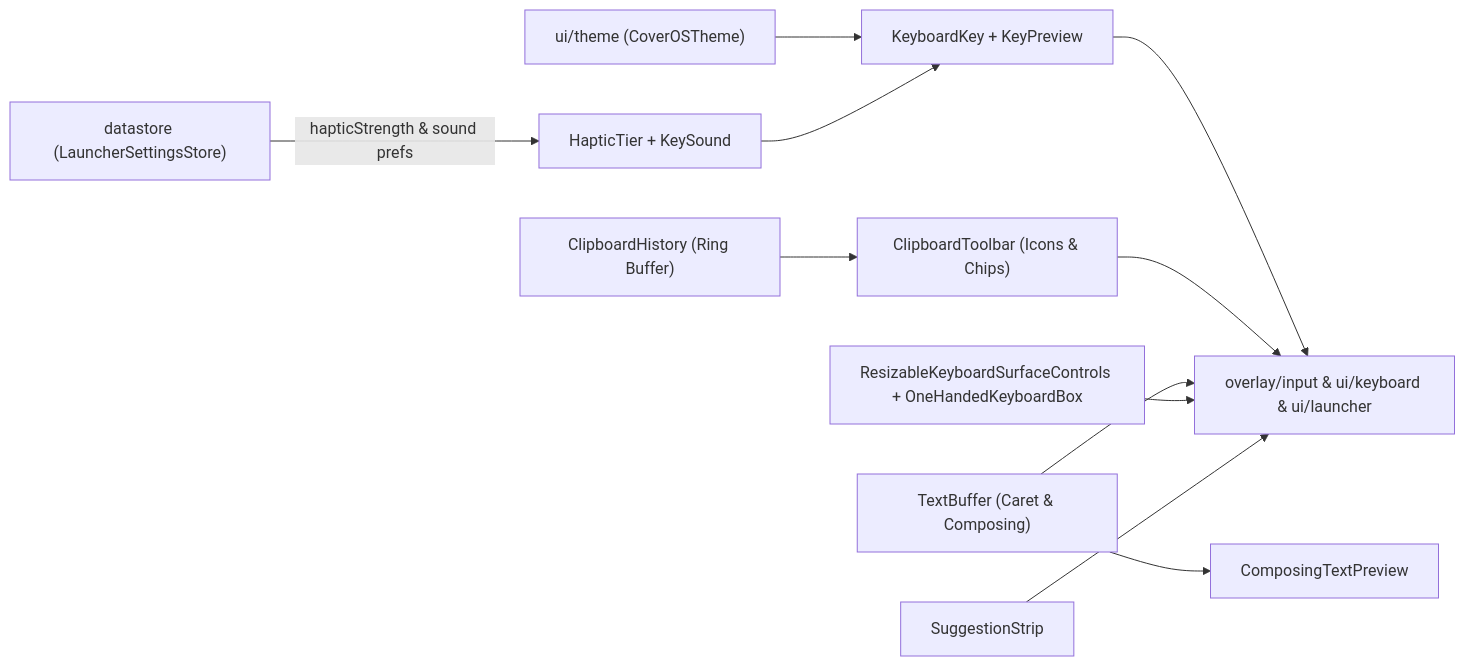
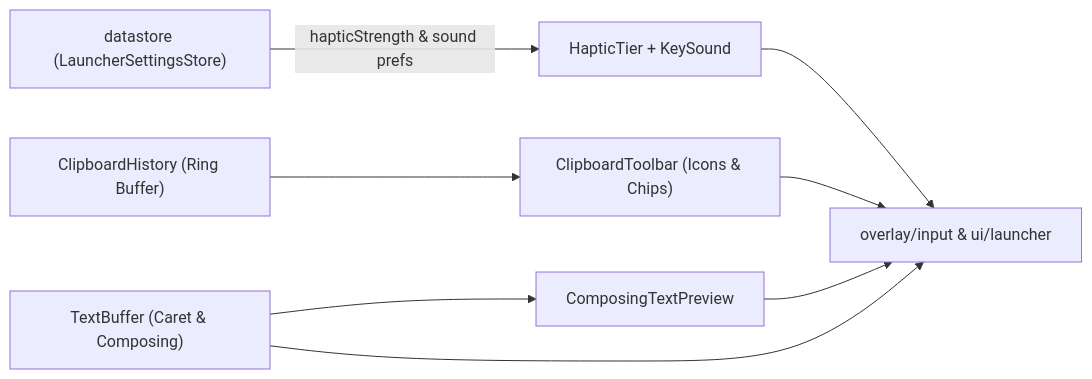
One commit to tyejaedon/Cover-Screen-OS changed the diagram in app/src/main/java/com/tyejaedon/coverscreenos/ui/keyboard/primitives/README.md. Above: the diagram before and after it, drawn with Mermaid. The commit also changed other lines of this file and 25 other files, not shown here.

Commit message:
feat: add voice dictation and contact suggestion integration for keyboard IME

````diff
--- a/app/src/main/java/com/tyejaedon/coverscreenos/ui/keyboard/primitives/README.md
+++ b/app/src/main/java/com/tyejaedon/coverscreenos/ui/keyboard/primitives/README.md
@@ -133,13 +72,10 @@
 ```mermaid
 flowchart LR
     Store["datastore (LauncherSettingsStore)"] -->|"hapticStrength & sound prefs"| Feedback["HapticTier + KeySound"]
-    Theme["ui/theme (CoverOSTheme)"] --> Key["KeyboardKey + KeyPreview"]
-    Feedback --> Key
-    Key --> Hosts["overlay/input & ui/keyboard & ui/launcher"]
     Clip["ClipboardHistory (Ring Buffer)"] --> ClipUI["ClipboardToolbar (Icons & Chips)"]
+    Buffer["TextBuffer (Caret & Composing)"] --> Preview["ComposingTextPreview"]
+    Feedback --> Hosts["overlay/input & ui/launcher"]
     ClipUI --> Hosts
-    Buffer["TextBuffer (Caret & Composing)"] --> Preview["ComposingTextPreview"]
+    Preview --> Hosts
     Buffer --> Hosts
-    Resize["ResizableKeyboardSurfaceControls + OneHandedKeyboardBox"] --> Hosts
-    Suggest["SuggestionStrip"] --> Hosts
 ```
````
